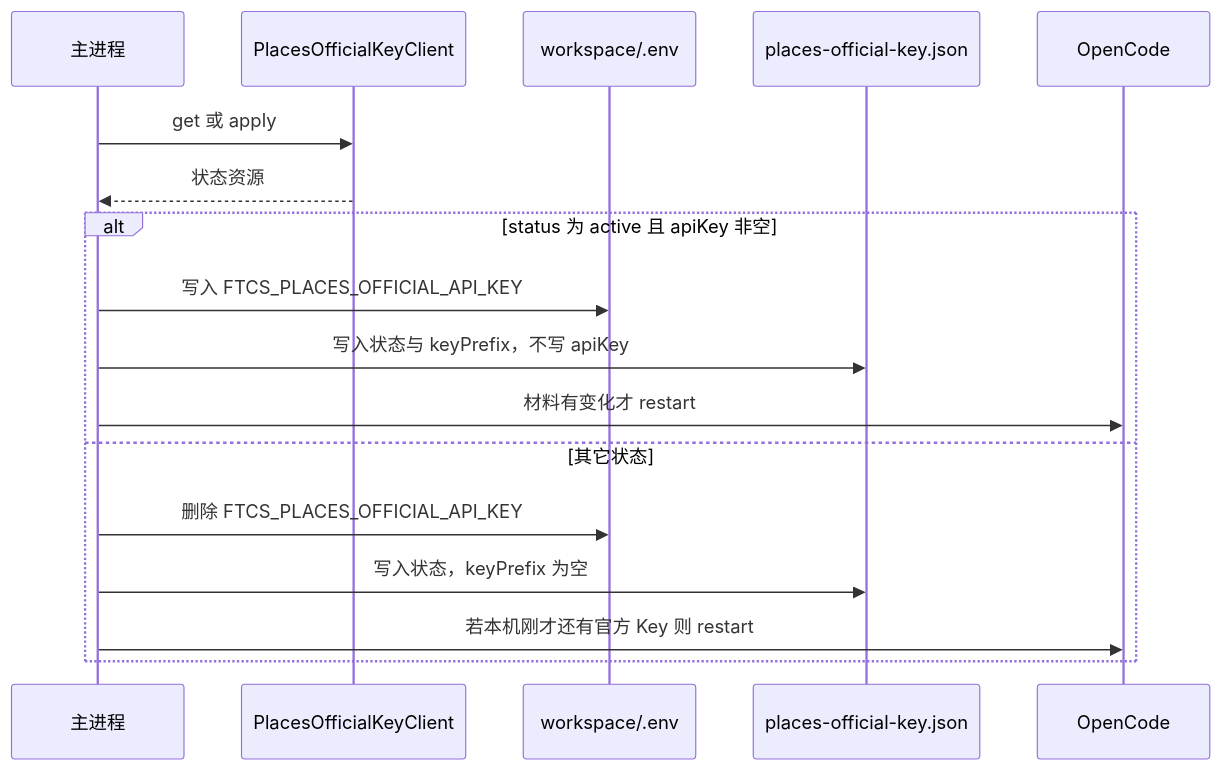
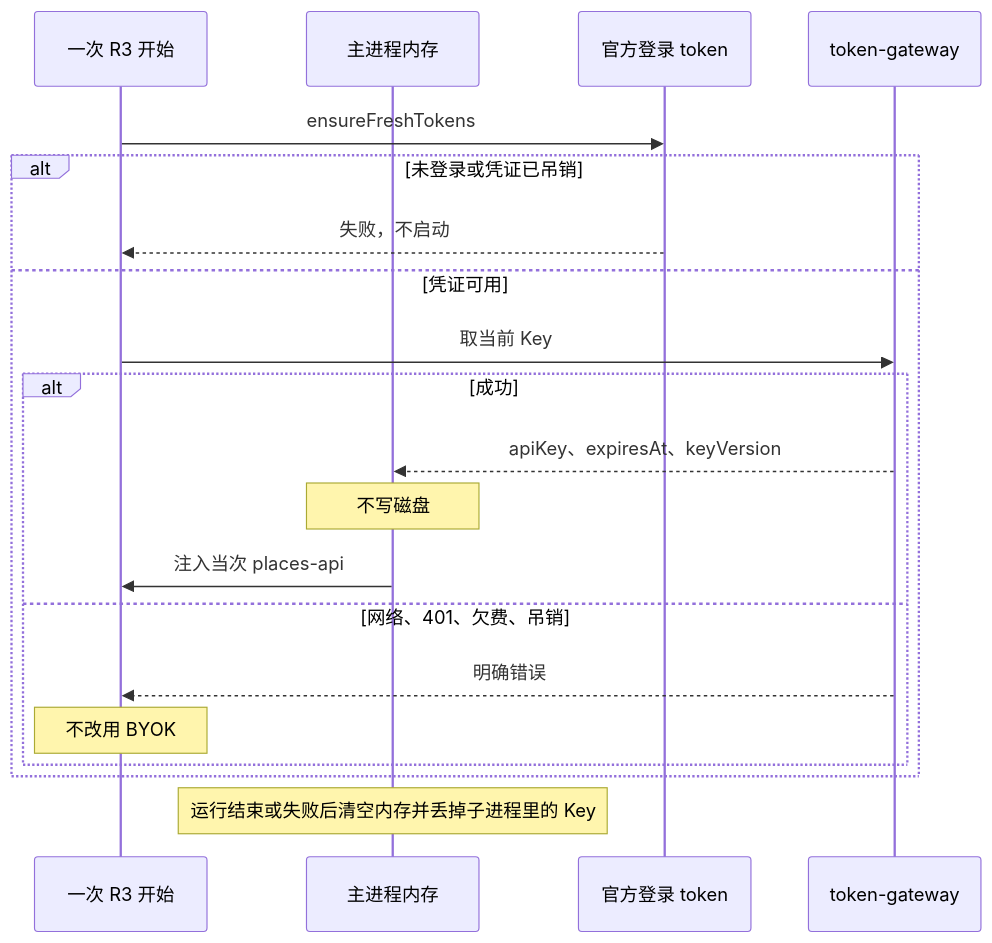
One commit to Pedro-MAFS/ftcs changed the diagram in docs/design/US-PK-C-02-接收并安全保存官方Key.md. Above: the diagram before and after it, drawn with Mermaid. The commit also changed other lines of this file and 4 other files, not shown here.

````diff
--- a/docs/design/US-PK-C-02-接收并安全保存官方Key.md
+++ b/docs/design/US-PK-C-02-接收并安全保存官方Key.md
@@ -60,20 +57,23 @@
 ```mermaid
 sequenceDiagram
-  participant Main as 主进程
-  participant Client as PlacesOfficialKeyClient
-  participant Env as workspace/.env
-  participant Pref as places-official-key.json
-  participant OC as OpenCode
+  participant Run as 一次 R3 开始
+  participant Main as 主进程内存
+  participant Auth as 官方登录 token
+  participant Svc as token-gateway
 
-  Main->>Client: get 或 apply
-  Client-->>Main: 状态资源
-  alt status 为 active 且 apiKey 非空
-    Main->>Env: 写入 FTCS_PLACES_OFFICIAL_API_KEY
-    Main->>Pref: 写入状态与 keyPrefix，不写 apiKey
-    Main->>OC: 材料有变化才 restart
-  else 其它状态
-    Main->>Env: 删除 FTCS_PLACES_OFFICIAL_API_KEY
-    Main->>Pref: 写入状态，keyPrefix 为空
-    Main->>OC: 若本机刚才还有官方 Key 则 restart
+  Run->>Auth: ensureFreshTokens
+  alt 未登录或凭证已吊销
+    Auth-->>Run: 失败，不启动
+  else 凭证可用
+    Run->>Svc: 取当前 Key
+    alt 成功
+      Svc-->>Main: apiKey、expiresAt、keyVersion
+      Note over Main: 不写磁盘
+      Main->>Run: 注入当次 places-api
+    else 网络、401、欠费、吊销
+      Svc-->>Run: 明确错误
+      Note over Run: 不改用 BYOK
+    end
   end
+  Note over Main: 运行结束或失败后清空内存并丢掉子进程里的 Key
 ```
````
